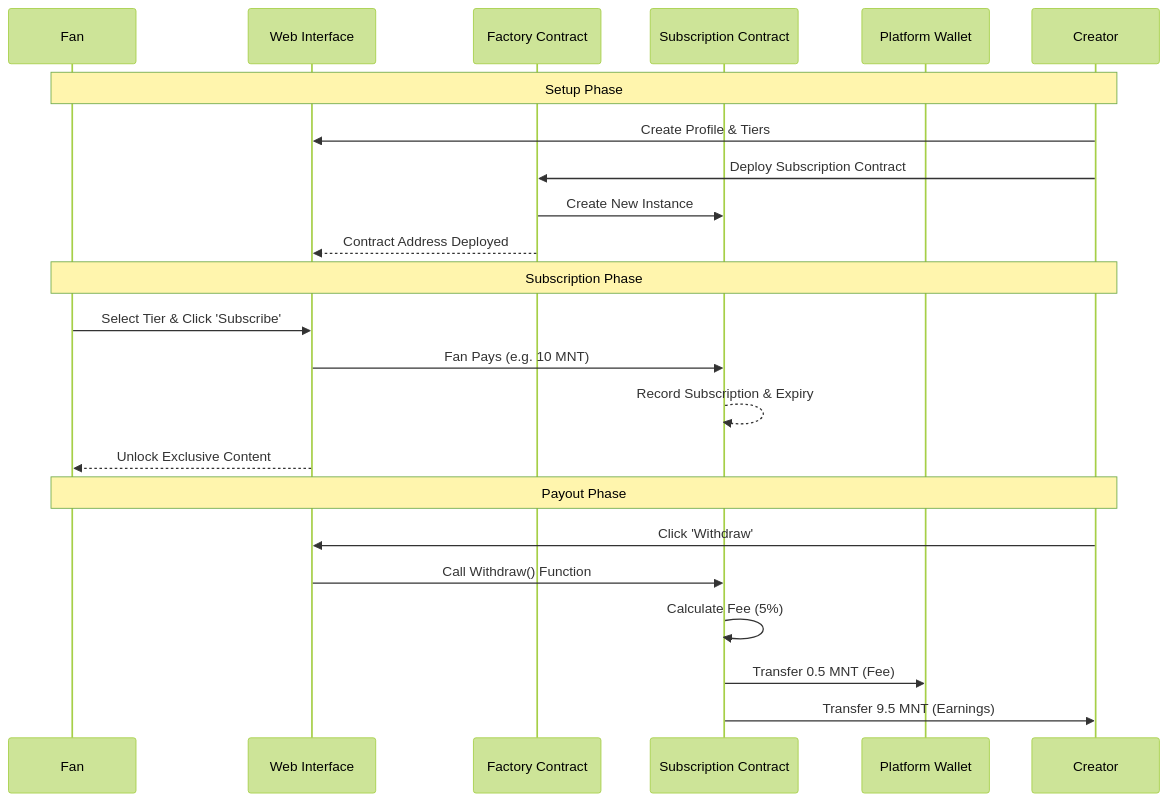
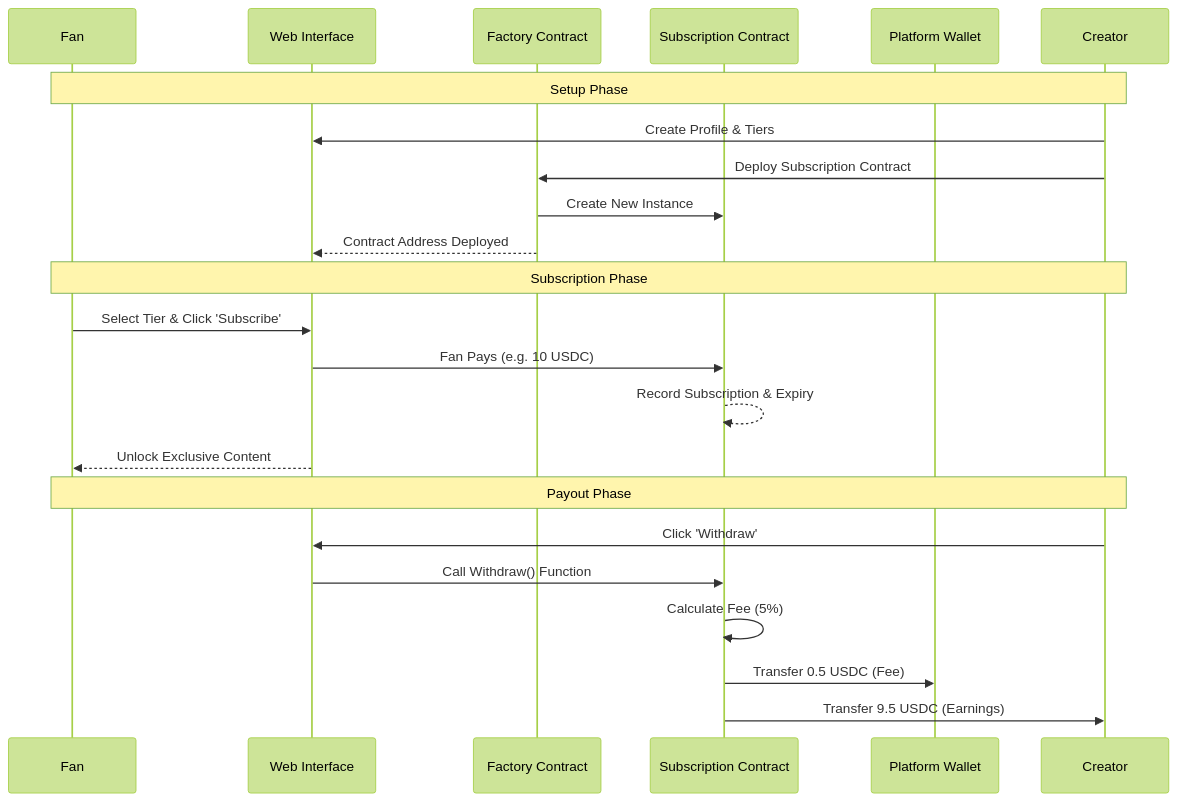
The second of 4 diagrams in PITCH_DIAGRAMS.md (CoinTheHat/Backr-On-Arc), drawn with Mermaid (forest theme) before and after one commit. The commit also changed 4 other files, not shown here.

````diff
--- a/PITCH_DIAGRAMS.md
+++ b/PITCH_DIAGRAMS.md
@@ -30,28 +30,28 @@
 ```mermaid
 sequenceDiagram
     participant Fan
     participant UI as Web Interface
     participant Factory as Factory Contract
     participant Sub as Subscription Contract
     participant Treasury as Platform Wallet
     participant Creator
 
     Note over Fan, Creator: Setup Phase
     Creator->>UI: Create Profile & Tiers
     Creator->>Factory: Deploy Subscription Contract
     Factory->>Sub: Create New Instance
     Factory-->>UI: Contract Address Deployed
 
     Note over Fan, Creator: Subscription Phase
     Fan->>UI: Select Tier & Click 'Subscribe'
-    UI->>Sub: Fan Pays (e.g. 10 MNT)
+    UI->>Sub: Fan Pays (e.g. 10 USDC)
     Sub-->>Sub: Record Subscription & Expiry
     UI-->>Fan: Unlock Exclusive Content
 
     Note over Fan, Creator: Payout Phase
     Creator->>UI: Click 'Withdraw'
     UI->>Sub: Call Withdraw() Function
     Sub->>Sub: Calculate Fee (5%)
-    Sub->>Treasury: Transfer 0.5 MNT (Fee)
-    Sub->>Creator: Transfer 9.5 MNT (Earnings)
+    Sub->>Treasury: Transfer 0.5 USDC (Fee)
+    Sub->>Creator: Transfer 9.5 USDC (Earnings)
 ```
````
